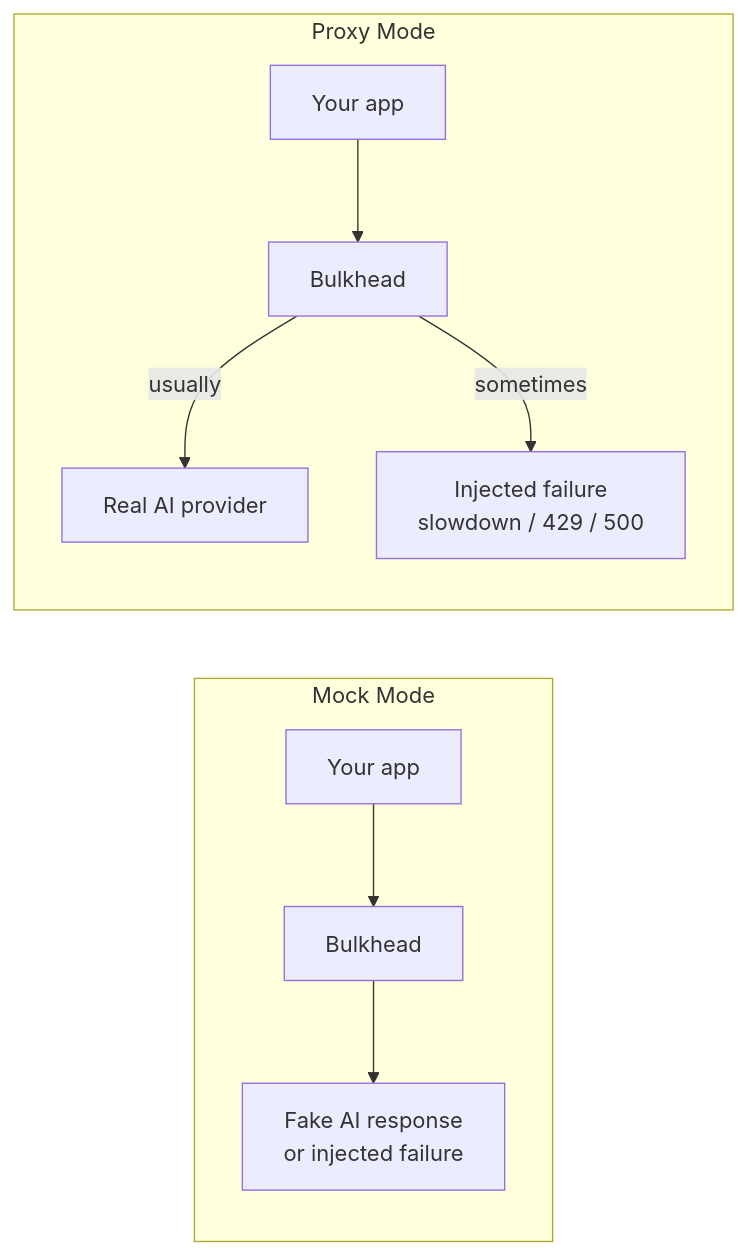
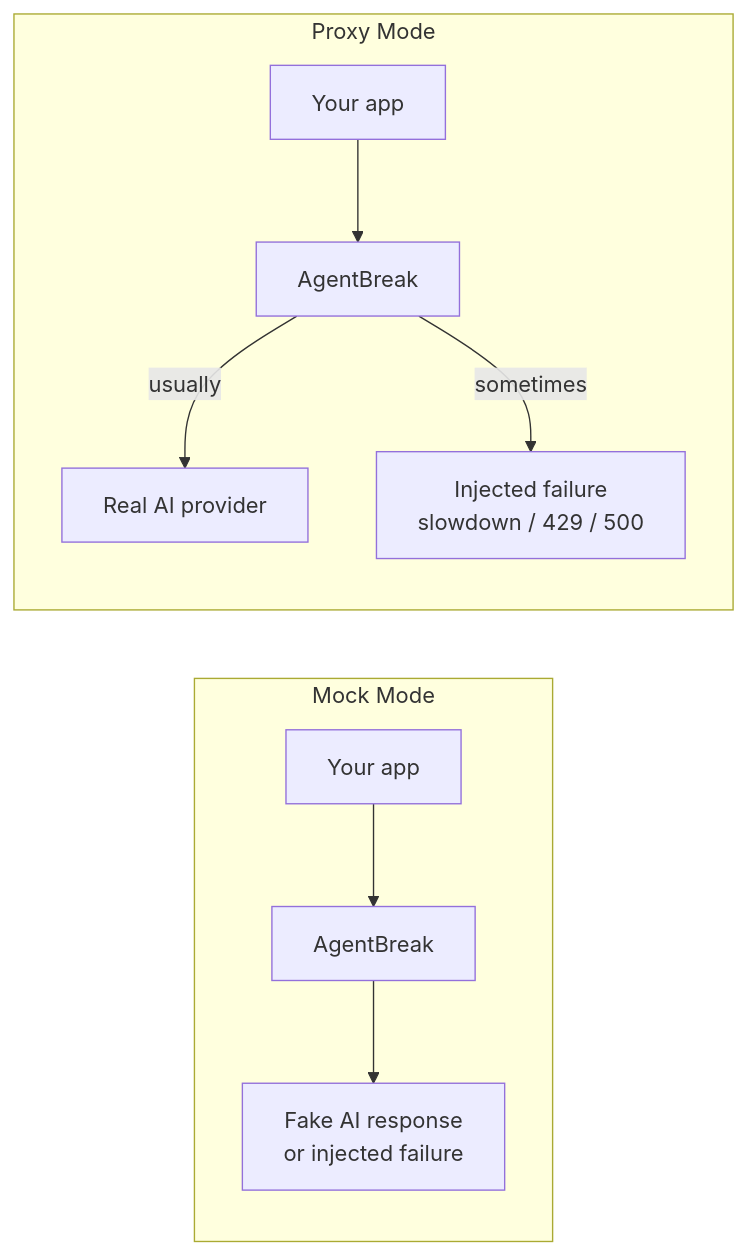
Before and after one commit to mnvsk97/bulkhead: the diagram in README.md, drawn with Mermaid. The commit also changed other lines of this file and 12 other files, not shown here.

````diff
--- a/README.md
+++ b/README.md
@@ -13,13 +13,13 @@
 ```mermaid
 flowchart LR
     subgraph Mock["Mock Mode"]
-        A1["Your app"] --> B1["Bulkhead"]
+        A1["Your app"] --> B1["AgentBreak"]
         B1 --> C1["Fake AI response<br/>or injected failure"]
     end
 
     subgraph Proxy["Proxy Mode"]
-        A2["Your app"] --> B2["Bulkhead"]
+        A2["Your app"] --> B2["AgentBreak"]
         B2 -->|usually| C2["Real AI provider"]
         B2 -->|sometimes| D2["Injected failure<br/>slowdown / 429 / 500"]
     end
 ```
````
